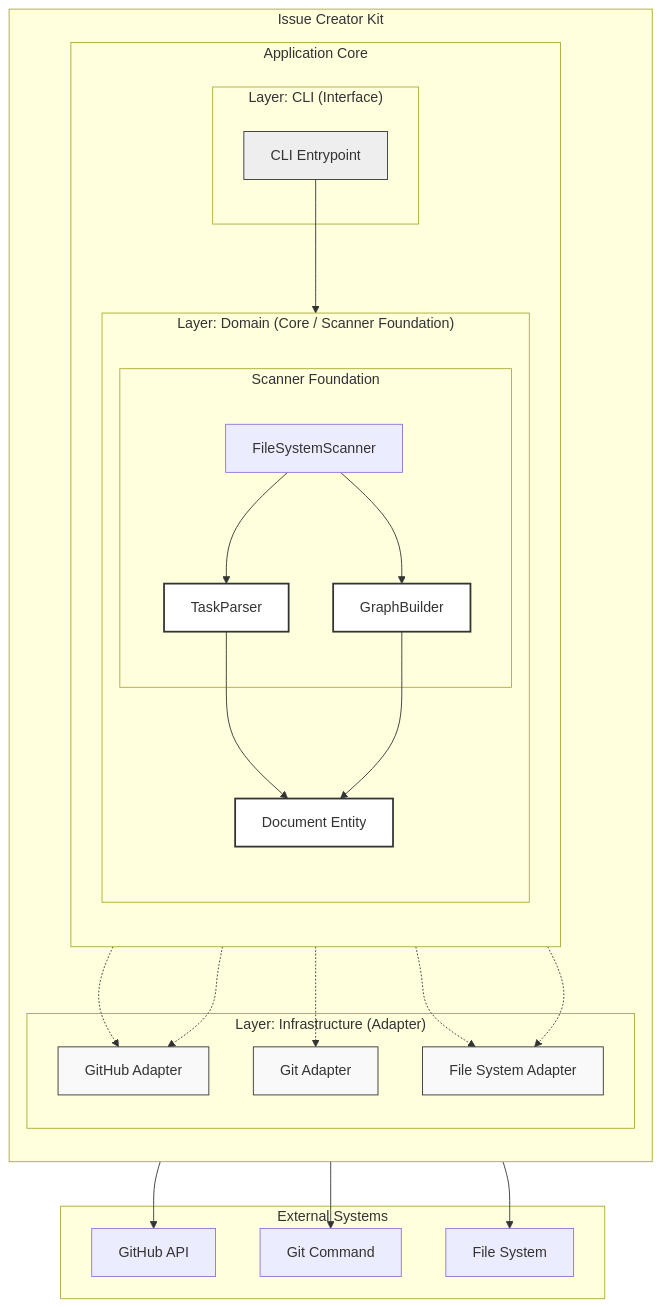
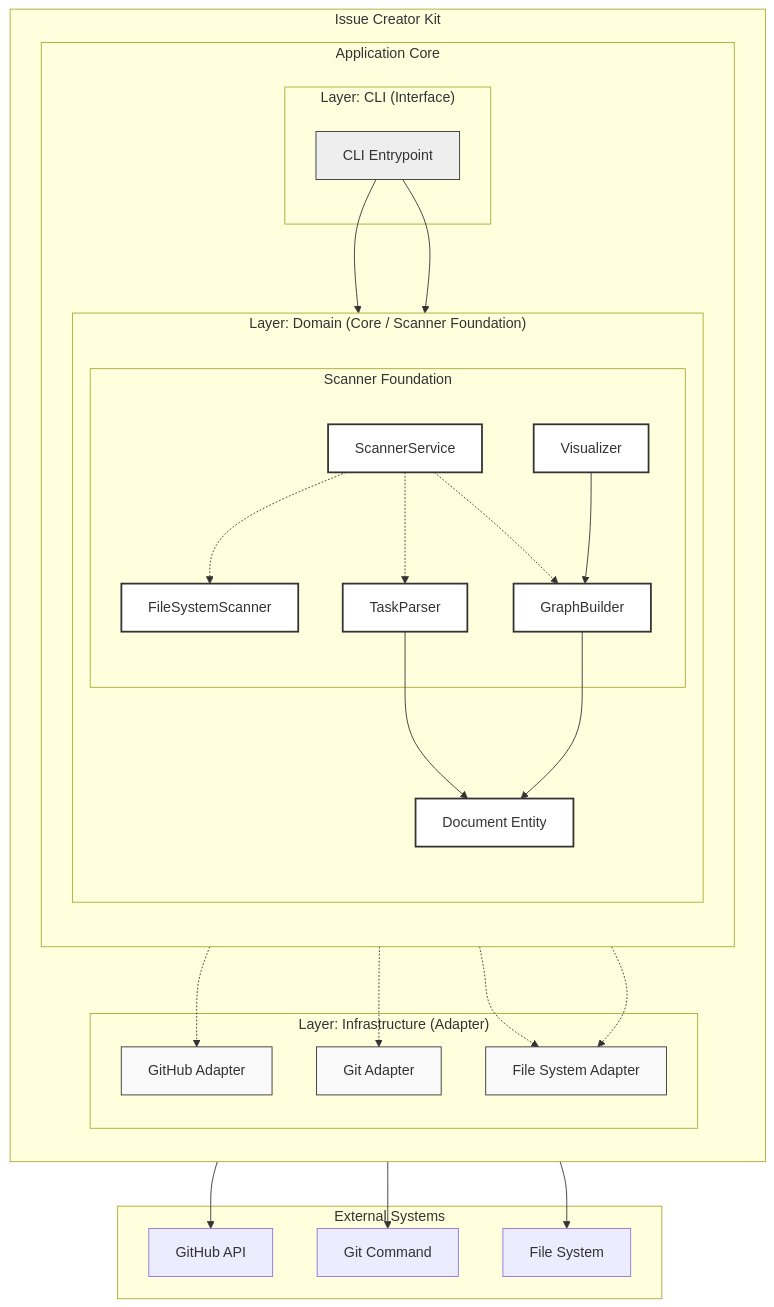
One commit to masa-codehub/issue_creator_kit changed the diagram in docs/architecture/arch-structure-issue-kit.md. Above: the diagram before and after it, drawn with Mermaid. The commit also changed other lines of this file and 2 other files, not shown here.

Commit message:
docs: address remaining review comments for PR #316 (issue-kit structure, links)

````diff
--- a/docs/architecture/arch-structure-issue-kit.md
+++ b/docs/architecture/arch-structure-issue-kit.md
@@ -8,68 +8,71 @@
 ```mermaid
 graph TB
     %% Definitions
     subgraph "External Systems"
         GH[GitHub API]
         GIT[Git Command]
         FS[File System]
     end
 
     subgraph "Issue Creator Kit"
         direction TB
         
         subgraph "Application Core"
             direction TB
             subgraph "Layer: CLI (Interface)"
                 CLI[CLI Entrypoint]
             end
 
             subgraph "Layer: Domain (Core / Scanner Foundation)"
                 direction TB
                 subgraph "Scanner Foundation"
-                    FSS[FileSystemScanner]
-                    Parser[TaskParser]
-                    Builder[GraphBuilder]
+                    SVC_SCAN[ScannerService]
+                    Visualizer[Visualizer]
+                    
+                    SVC_SCAN -.-> FSS[FileSystemScanner]
+                    SVC_SCAN -.-> Parser[TaskParser]
+                    SVC_SCAN -.-> Builder[GraphBuilder]
                 end
                 DOM_DOC[Document Entity]
             end
         end
 
         subgraph "Layer: Infrastructure (Adapter)"
             INF_GH[GitHub Adapter]
             INF_GIT[Git Adapter]
             INF_FS[File System Adapter]
         end
     end
 
     %% Dependencies (Solid: Source Code Dependency, Dotted: Runtime Flow/DI)
-    CLI --> FSS
-    FSS --> Parser
-    FSS --> Builder
+    CLI --> SVC_SCAN
+    CLI --> Visualizer
     
+    Visualizer --> Builder
+
     %% Dependency Injection
     CLI -.-> INF_GH
     CLI -.-> INF_GIT
     CLI -.-> INF_FS
 
     %% Service dependencies
     Parser --> DOM_DOC
     Builder --> DOM_DOC
     
     %% Infrastructure Dependencies (Inversion of Control)
-    FSS -.-> INF_GH
     FSS -.-> INF_FS
     
     %% Infra Implementation
     INF_GH --> GH
     INF_GIT --> GIT
     INF_FS --> FS
 
     %% Styling
     classDef cli fill:#eee,stroke:#333
     classDef domain fill:#fff,stroke:#333,stroke-width:2px
     classDef infra fill:#f9f9f9,stroke:#333
 
     class CLI cli
-    class SVC_SCAN,Parser,Builder,DOM_DOC domain
+    class SVC_SCAN,FSS,Parser,Builder,Visualizer,DOM_DOC domain
     class INF_GH,INF_GIT,INF_FS infra
 ```
````
